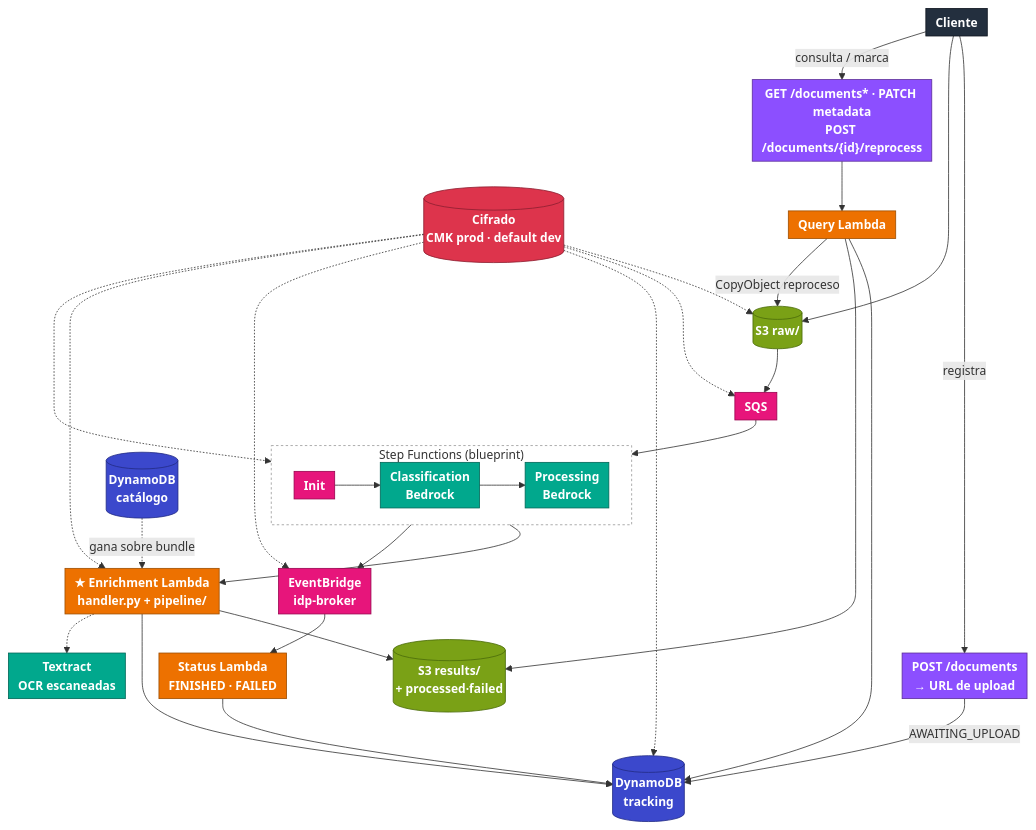
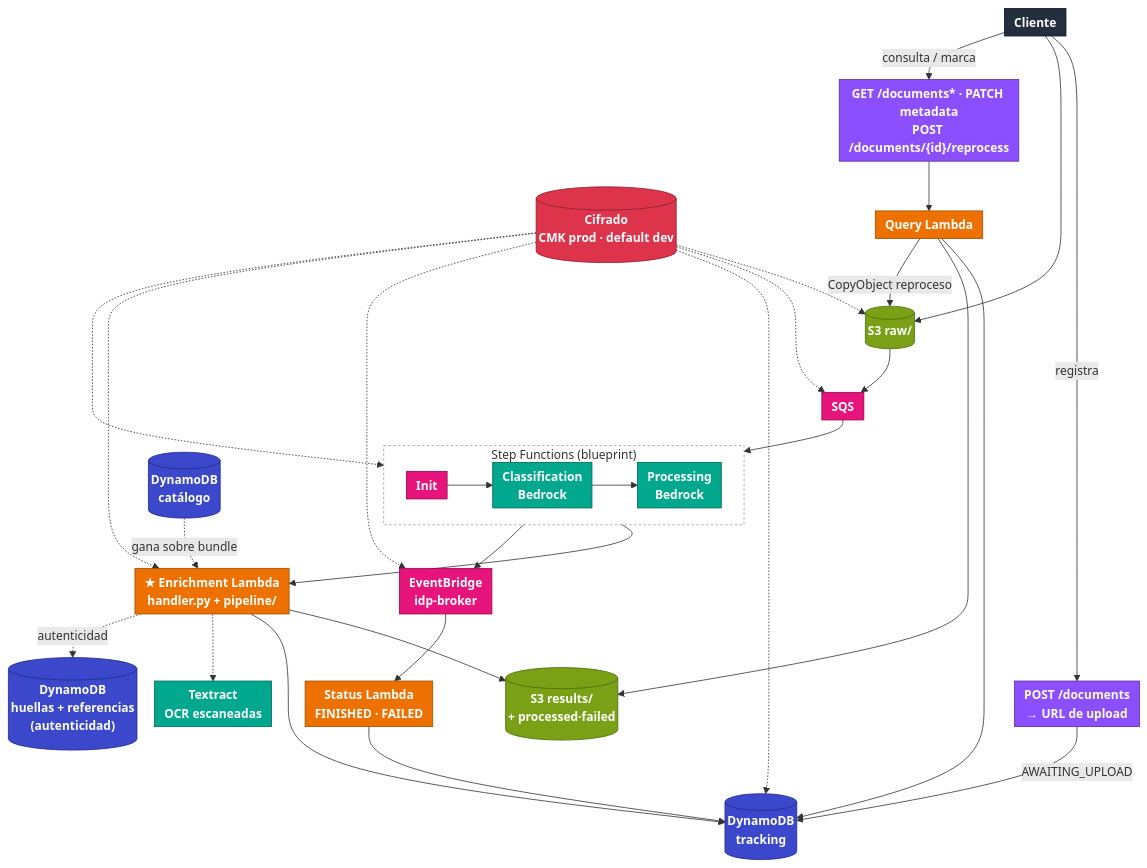
Before and after one commit to LuisHM5/idp: the diagram in documentacion/diagrams/arquitectura-aws.mmd, drawn with Mermaid. The commit also changed 58 other files, not shown here.

```diff
--- a/documentacion/diagrams/arquitectura-aws.mmd
+++ b/documentacion/diagrams/arquitectura-aws.mmd
@@ -1,60 +1,62 @@
 %%{init: {'flowchart': {'nodeSpacing': 22, 'rankSpacing': 32, 'padding': 6, 'curve': 'basis'}, 'themeVariables': {'fontSize': '15px'}}}%%
 flowchart TB
     CLIENTE["Cliente"]:::client
 
     UP["POST /documents<br/>→ URL de upload"]:::network
     QG["GET /documents* · PATCH metadata<br/>POST /documents/{id}/reprocess"]:::network
 
     RAW[("S3 raw/")]:::storage
     SQS["SQS"]:::integration
 
     subgraph SFN["Step Functions (blueprint)"]
         direction LR
         INIT["Init"] --> CLS["Classification<br/>Bedrock"] --> PROC["Processing<br/>Bedrock"]
     end
 
     LAMBDA["★ Enrichment Lambda<br/>handler.py + pipeline/"]:::compute
     TX["Textract<br/>OCR escaneadas"]:::ml
 
     RES[("S3 results/<br/>+ processed·failed")]:::storage
     DDBT[("DynamoDB<br/>tracking")]:::database
     DDBC[("DynamoDB<br/>catálogo")]:::database
+    DDBF[("DynamoDB<br/>huellas + referencias<br/>(autenticidad)")]:::database
     EB["EventBridge<br/>idp-broker"]:::integration
     STATUS["Status Lambda<br/>FINISHED · FAILED"]:::compute
     KMSN[("Cifrado<br/>CMK prod · default dev")]:::security
     QL["Query Lambda"]:::compute
 
     CLIENTE -->|"registra"| UP
     UP -->|"AWAITING_UPLOAD"| DDBT
     CLIENTE --> RAW
     RAW --> SQS --> SFN --> LAMBDA
     LAMBDA --> RES
     LAMBDA --> DDBT
     SFN --> EB
     EB --> STATUS --> DDBT
     LAMBDA -.-> TX
+    LAMBDA -.->|"autenticidad"| DDBF
     DDBC -.->|"gana sobre bundle"| LAMBDA
     KMSN -.-> RAW
     KMSN -.-> SQS
     KMSN -.-> SFN
     KMSN -.-> DDBT
     KMSN -.-> EB
     KMSN -.-> LAMBDA
 
     CLIENTE -->|"consulta / marca"| QG --> QL
     QL --> DDBT
     QL --> RES
     QL -->|"CopyObject reproceso"| RAW
 
     classDef compute fill:#ED7100,stroke:#9D4E00,color:#fff,font-weight:bold
     classDef storage fill:#7AA116,stroke:#4B6B0B,color:#fff,font-weight:bold
     classDef database fill:#3B48CC,stroke:#232B85,color:#fff,font-weight:bold
     classDef integration fill:#E7157B,stroke:#99034F,color:#fff,font-weight:bold
     classDef network fill:#8C4FFF,stroke:#5C2D99,color:#fff,font-weight:bold
     classDef security fill:#DD344C,stroke:#8C1F30,color:#fff,font-weight:bold
     classDef ml fill:#01A88D,stroke:#016657,color:#fff,font-weight:bold
     classDef client fill:#232F3E,stroke:#0F1620,color:#fff,font-weight:bold
 
     class INIT integration
     class CLS,PROC ml
     style SFN fill:transparent,stroke:#999,stroke-width:1px,stroke-dasharray: 3 3,color:#333
```
